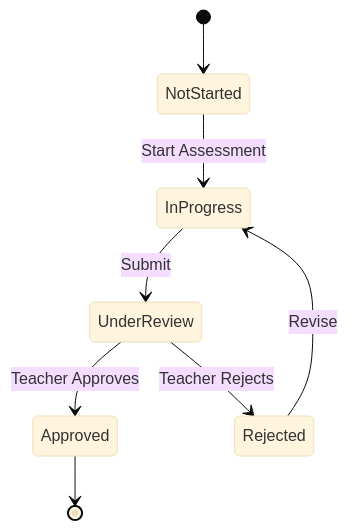
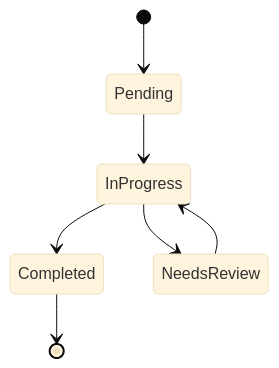
Before and after one commit to srisrihari/pep-score-nexus: the eighth of 11 diagrams in SRS.md, drawn with Mermaid (base theme). The commit also changed other lines of this file, not shown here.

````diff
--- a/SRS.md
+++ b/SRS.md
@@ -1054,10 +1463,9 @@
 ```mermaid
 stateDiagram-v2
-    [*] --> NotStarted
-    NotStarted --> InProgress: Start Assessment
-    InProgress --> UnderReview: Submit
-    UnderReview --> Approved: Teacher Approves
-    UnderReview --> Rejected: Teacher Rejects
-    Rejected --> InProgress: Revise
-    Approved --> [*]
+    [*] --> Pending
+    Pending --> InProgress
+    InProgress --> Completed
+    InProgress --> NeedsReview
+    NeedsReview --> InProgress
+    Completed --> [*]
 ```
````
